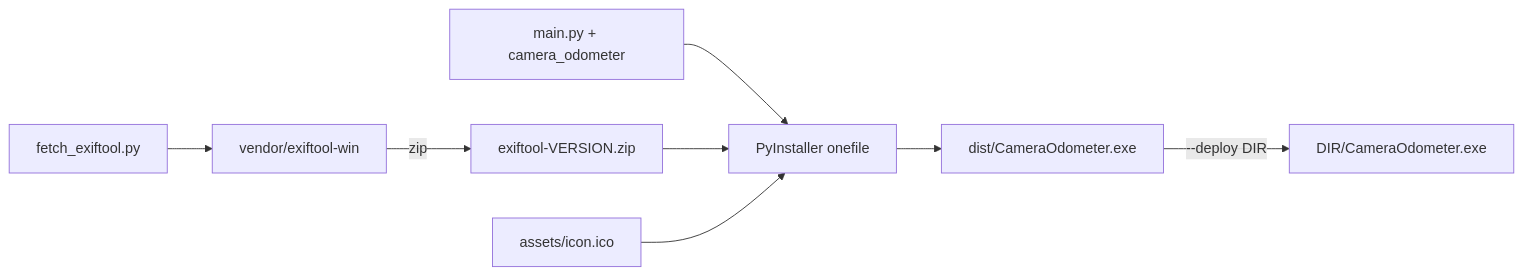
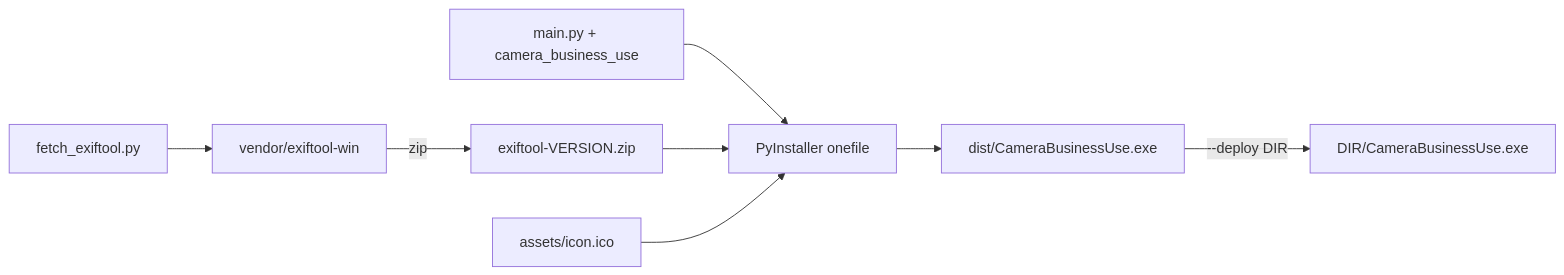
One commit to PoyoPoak/camera-odometer-calculator changed the first of 2 diagrams in docs/development.md. Above: the diagram before and after it, drawn with Mermaid. The commit also changed other lines of this file and 25 other files, not shown here.

First line of the commit message:
refactor: rename the project to Camera Business Use Calculator

````diff
--- a/docs/development.md
+++ b/docs/development.md
@@ -72,10 +72,10 @@
 ```mermaid
 flowchart LR
     F[fetch_exiftool.py] --> V[vendor/exiftool-win]
     V -->|zip| Z[exiftool-VERSION.zip]
-    M[main.py + camera_odometer] --> P[PyInstaller onefile]
+    M[main.py + camera_business_use] --> P[PyInstaller onefile]
     Z --> P
     I[assets/icon.ico] --> P
-    P --> D[dist/CameraOdometer.exe]
-    D -->|--deploy DIR| W[DIR/CameraOdometer.exe]
+    P --> D[dist/CameraBusinessUse.exe]
+    D -->|--deploy DIR| W[DIR/CameraBusinessUse.exe]
 ```
````
